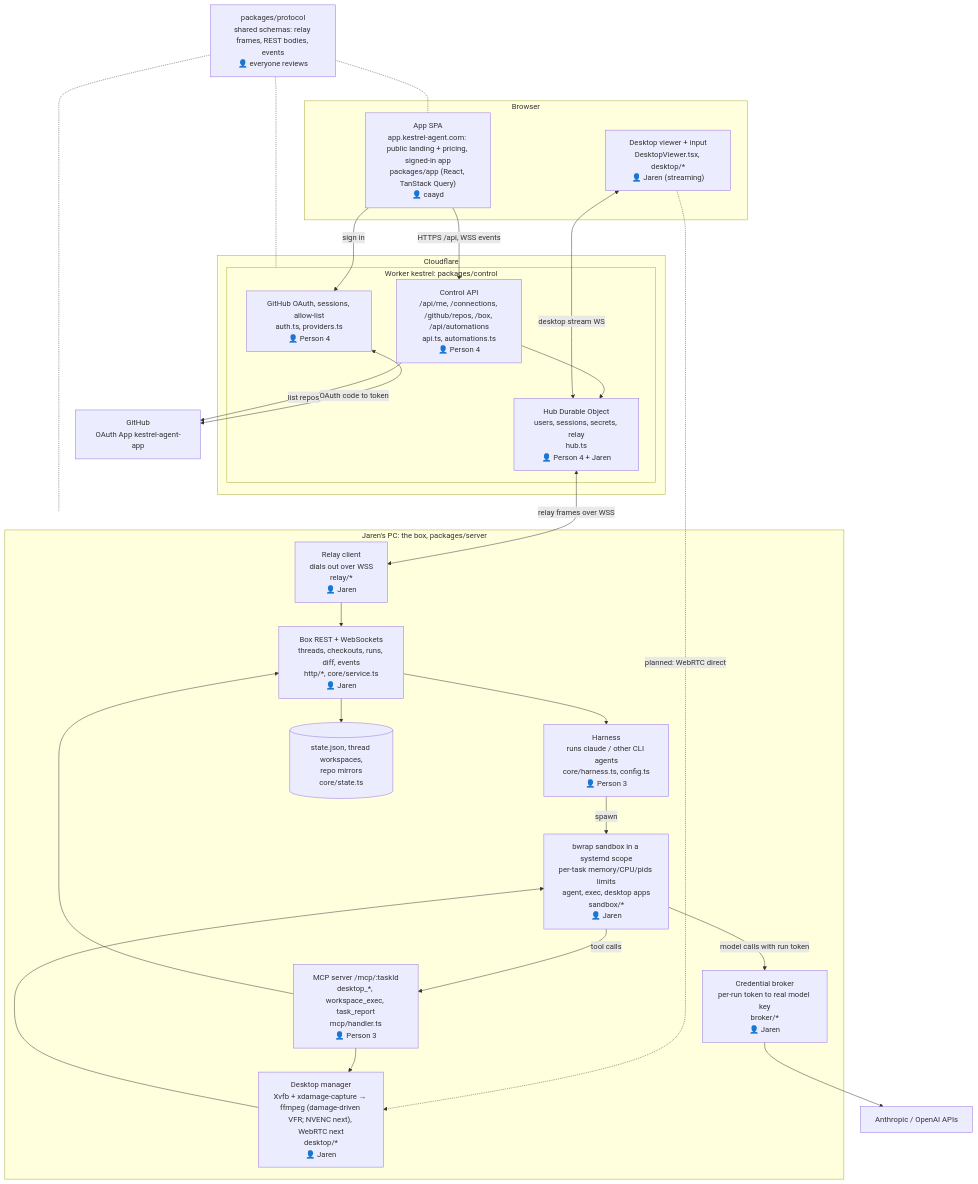
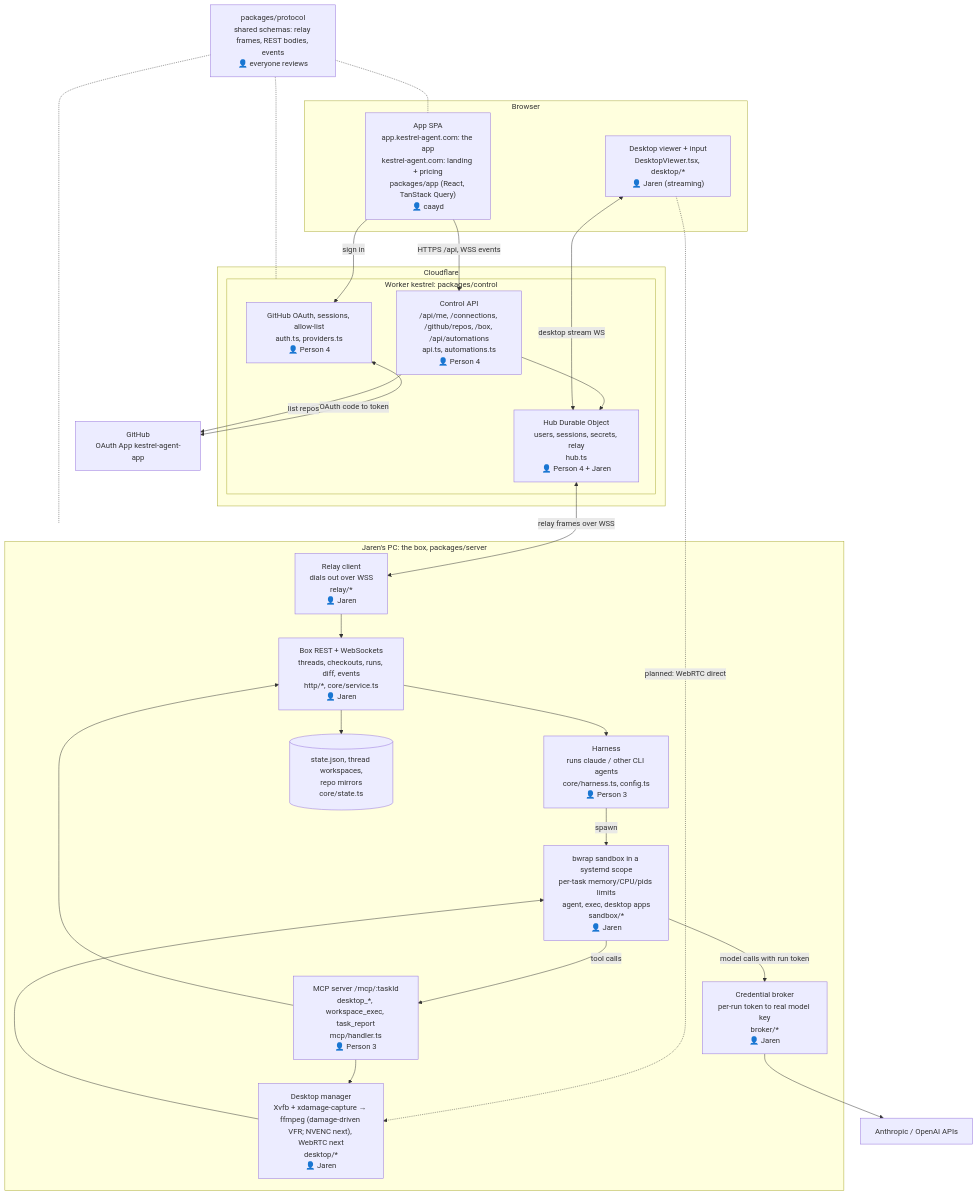
The diagram in docs/architecture.md (StinkyCat0/kestrel), drawn with Mermaid before and after one commit. The commit also changed other lines of this file and 9 other files, not shown here.

First line of the commit message:
Public pages on kestrel-agent.com, app at the root of app.kestrel-agent.com

````diff
--- a/docs/architecture.md
+++ b/docs/architecture.md
@@ -3,54 +3,54 @@
 ```mermaid
 flowchart TB
   subgraph Browser["Browser"]
-    APP["App SPA<br/>app.kestrel-agent.com: public landing + pricing, signed-in app<br/>packages/app (React, TanStack Query)<br/>👤 caayd"]
+    APP["App SPA<br/>app.kestrel-agent.com: the app<br/>kestrel-agent.com: landing + pricing<br/>packages/app (React, TanStack Query)<br/>👤 caayd"]
     VIEW["Desktop viewer + input<br/>DesktopViewer.tsx, desktop/*<br/>👤 Jaren (streaming)"]
   end
 
   subgraph CF["Cloudflare"]
     subgraph CTRL["Worker kestrel: packages/control"]
       AUTH["GitHub OAuth, sessions, allow-list<br/>auth.ts, providers.ts<br/>👤 Person 4"]
       API["Control API<br/>/api/me, /connections, /github/repos, /box, /api/automations<br/>api.ts, automations.ts<br/>👤 Person 4"]
       HUB["Hub Durable Object<br/>users, sessions, secrets, relay<br/>hub.ts<br/>👤 Person 4 + Jaren"]
     end
   end
 
   GH["GitHub<br/>OAuth App kestrel-agent-app"]
 
   subgraph PC["Jaren's PC: the box, packages/server"]
     RELAY["Relay client<br/>dials out over WSS<br/>relay/*<br/>👤 Jaren"]
     REST["Box REST + WebSockets<br/>threads, checkouts, runs, diff, events<br/>http/*, core/service.ts<br/>👤 Jaren"]
     HARN["Harness<br/>runs claude / other CLI agents<br/>core/harness.ts, config.ts<br/>👤 Person 3"]
     MCP["MCP server /mcp/:taskId<br/>desktop_*, workspace_exec, task_report<br/>mcp/handler.ts<br/>👤 Person 3"]
     BROKER["Credential broker<br/>per-run token to real model key<br/>broker/*<br/>👤 Jaren"]
     SB["bwrap sandbox in a systemd scope<br/>per-task memory/CPU/pids limits<br/>agent, exec, desktop apps<br/>sandbox/*<br/>👤 Jaren"]
     DESK["Desktop manager<br/>Xvfb + xdamage-capture → ffmpeg (damage-driven VFR; NVENC next), WebRTC next<br/>desktop/*<br/>👤 Jaren"]
     STATE[("state.json, thread workspaces,<br/>repo mirrors<br/>core/state.ts")]
   end
 
   LLM["Anthropic / OpenAI APIs"]
 
   APP -->|HTTPS /api, WSS events| API
   APP -->|sign in| AUTH
   AUTH <-->|OAuth code to token| GH
   API -->|list repos| GH
   API --> HUB
   HUB <-->|relay frames over WSS| RELAY
   VIEW <-->|desktop stream WS| HUB
   VIEW -.->|planned: WebRTC direct| DESK
   RELAY --> REST
   REST --> HARN
   REST --> STATE
   HARN -->|spawn| SB
   SB -->|tool calls| MCP
   SB -->|model calls with run token| BROKER
   BROKER --> LLM
   MCP --> DESK
   MCP --> REST
   DESK --> SB
 
   PROTO["packages/protocol<br/>shared schemas: relay frames, REST bodies, events<br/>👤 everyone reviews"]
   PROTO -.- APP
   PROTO -.- CTRL
   PROTO -.- PC
 ```
````
